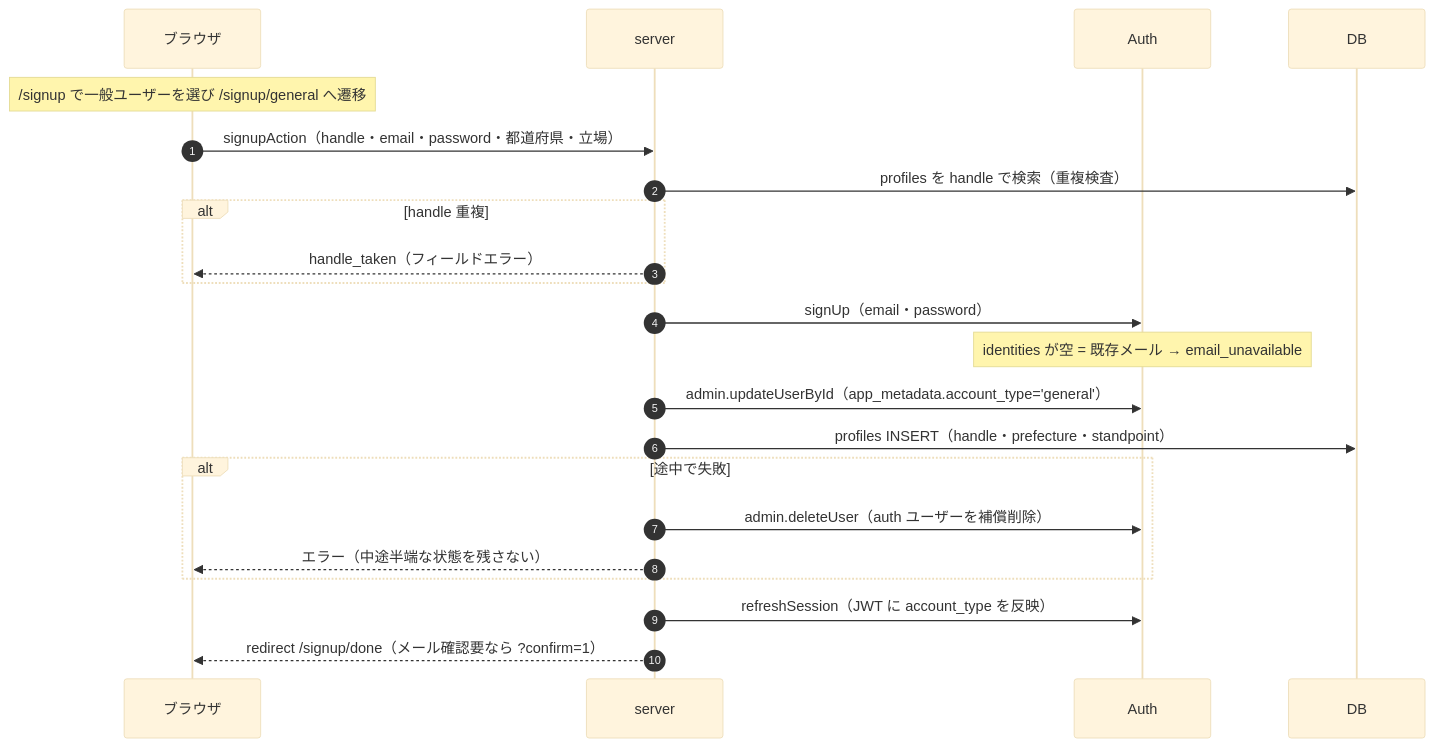
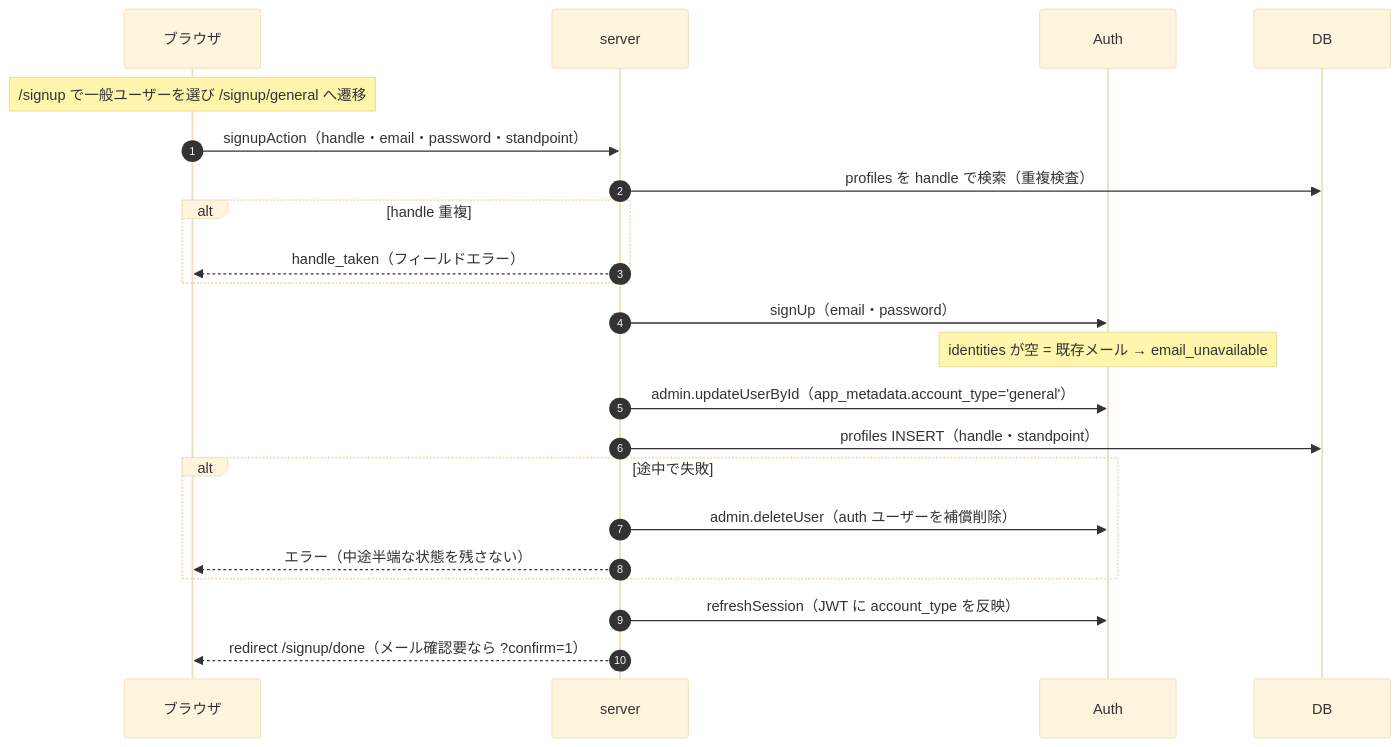
One commit to farmille/farmille changed the sixth of 17 diagrams in docs/rebuild/06-diagrams.md. Above: the diagram before and after it, drawn with Mermaid (base theme). The commit also changed other lines of this file and 247 other files, not shown here.

````diff
--- a/docs/rebuild/06-diagrams.md
+++ b/docs/rebuild/06-diagrams.md
@@ -483,25 +493,25 @@
 ```mermaid
 sequenceDiagram
     autonumber
     participant B as ブラウザ
     participant S as server
     participant A as Auth
     participant D as DB
 
     Note over B: /signup で一般ユーザーを選び /signup/general へ遷移
-    B->>S: signupAction（handle・email・password・都道府県・立場）
+    B->>S: signupAction（handle・email・password・standpoint）
     S->>D: profiles を handle で検索（重複検査）
     alt handle 重複
         S-->>B: handle_taken（フィールドエラー）
     end
     S->>A: signUp（email・password）
     Note over A: identities が空 = 既存メール → email_unavailable
     S->>A: admin.updateUserById（app_metadata.account_type='general'）
-    S->>D: profiles INSERT（handle・prefecture・standpoint）
+    S->>D: profiles INSERT（handle・standpoint）
     alt 途中で失敗
         S->>A: admin.deleteUser（auth ユーザーを補償削除）
         S-->>B: エラー（中途半端な状態を残さない）
     end
     S->>A: refreshSession（JWT に account_type を反映）
     S-->>B: redirect /signup/done（メール確認要なら ?confirm=1）
 ```
````
